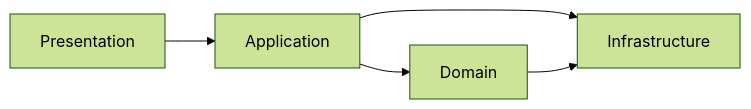
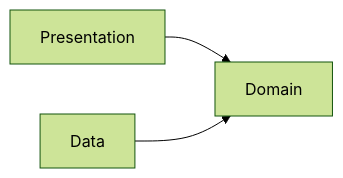
Before and after one commit to LemonAppDev/konsist: the diagram in lib/src/apiTest/kotlin/com/lemonappdev/konsist/architecture/assertarchitecture/architecture4/README.md, drawn with Mermaid. The commit also changed other lines of this file and 39 other files, not shown here.

````diff
--- a/lib/src/apiTest/kotlin/com/lemonappdev/konsist/architecture/assertarchitecture/architecture4/README.md
+++ b/lib/src/apiTest/kotlin/com/lemonappdev/konsist/architecture/assertarchitecture/architecture4/README.md
@@ -7,7 +5,5 @@
 ```mermaid
 %%{init: {'theme': 'forest'}}%%
 flowchart LR
-    Presentation --> Application
-    Application & Domain --> Infrastructure
-    Application --> Domain
+    Presentation & Data --> Domain
 ```
````
